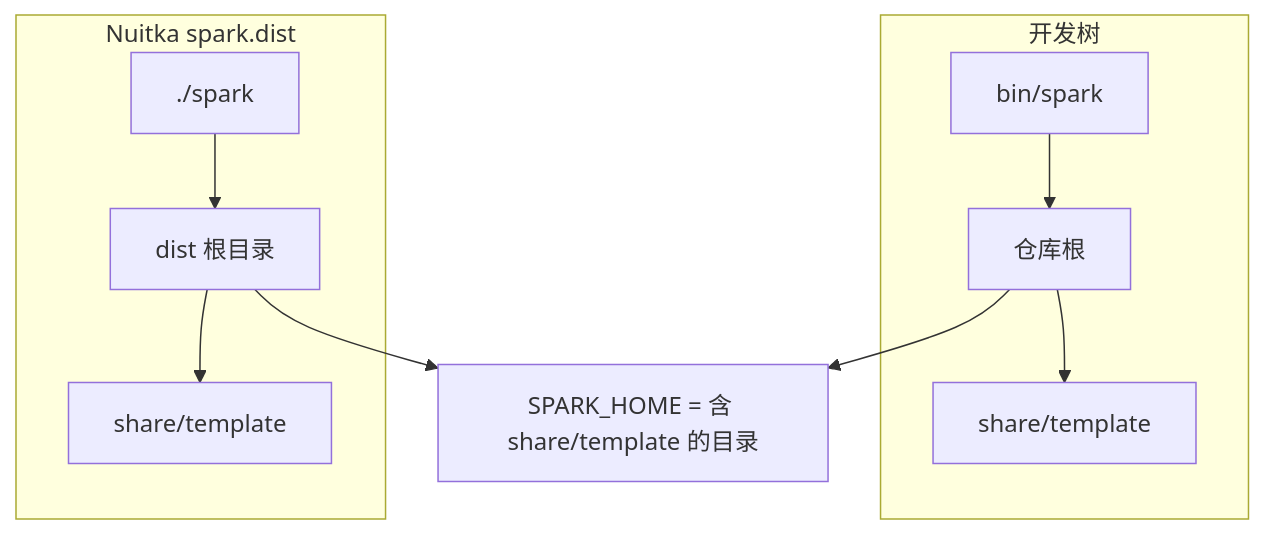
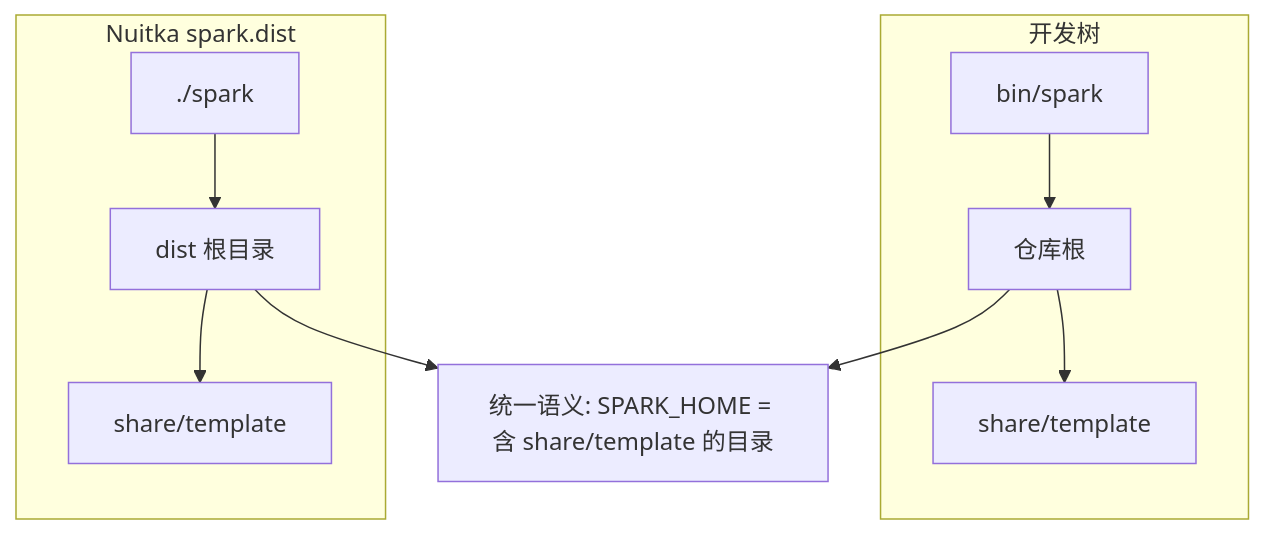
Before and after one commit to SuperAsneiitor/Spark: the third of 9 diagrams in share/doc/NUITKA_BUILD.md, drawn with Mermaid. The commit also changed other lines of this file and 2 other files, not shown here.

First line of the commit message:
docs: expand Nuitka guide with flowcharts and cross-links

````diff
--- a/share/doc/NUITKA_BUILD.md
+++ b/share/doc/NUITKA_BUILD.md
@@ -37,20 +110,22 @@
 ```mermaid
 flowchart TB
-  subgraph dev["开发树"]
+  subgraph DEV["开发树"]
     D1["bin/spark"]
     D2["仓库根"]
     D3["share/template"]
     D1 --> D2
     D2 --> D3
   end
-  subgraph nuitka["Nuitka spark.dist"]
+
+  subgraph DIST["Nuitka spark.dist"]
     N1["./spark"]
     N2["dist 根目录"]
     N3["share/template"]
     N1 --> N2
     N2 --> N3
   end
-  R["SPARK_HOME = 含 share/template 的目录"]
+
+  R["统一语义: SPARK_HOME = 含 share/template 的目录"]
   D2 --> R
   N2 --> R
 ```
````
